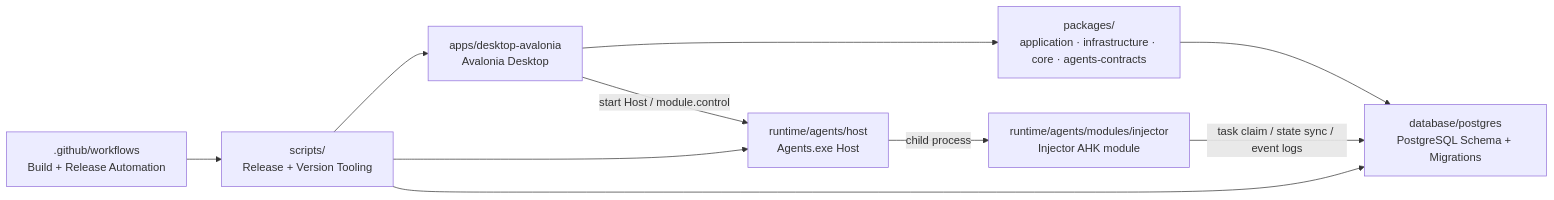
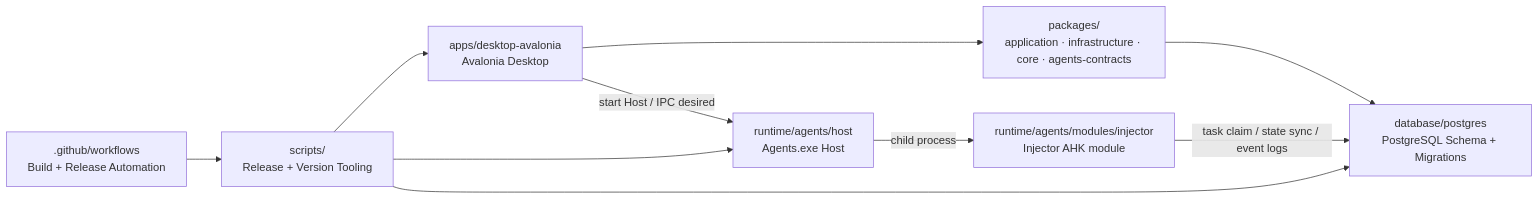
One commit to pacmandoh/pactoolkits changed the diagram in README.md. Above: the diagram before and after it, drawn with Mermaid. The commit also changed other lines of this file and 6 other files, not shown here.

First line of the commit message:
docs: document Agents desired and Host supervision model

````diff
--- a/README.md
+++ b/README.md
@@ -86,20 +86,20 @@
 ```mermaid
 flowchart LR
     DESKTOP["apps/desktop-avalonia\nAvalonia Desktop"]
     PKG["packages/\napplication · infrastructure · core · agents-contracts"]
     HOST["runtime/agents/host\nAgents.exe Host"]
     INJ["runtime/agents/modules/injector\nInjector AHK module"]
     DB["database/postgres\nPostgreSQL Schema + Migrations"]
     SCRIPTS["scripts/\nRelease + Version Tooling"]
     CI[".github/workflows\nBuild + Release Automation"]
 
     DESKTOP --> PKG
-    DESKTOP -->|start Host / module.control| HOST
+    DESKTOP -->|start Host / IPC desired| HOST
     HOST -->|child process| INJ
     INJ -->|task claim / state sync / event logs| DB
     PKG --> DB
     SCRIPTS --> DESKTOP
     SCRIPTS --> HOST
     SCRIPTS --> DB
     CI --> SCRIPTS
 ```
````
